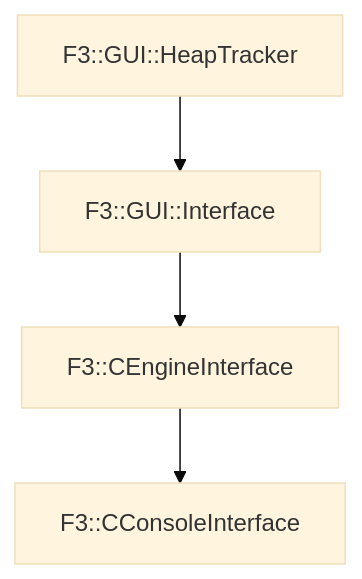
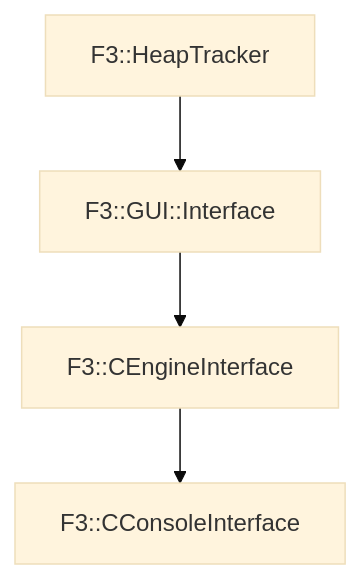
One commit to OpenJE/openje-re changed the diagram in docs/F3/CConsoleInterface.md. Above: the diagram before and after it, drawn with Mermaid (base theme). The commit also changed other lines of this file and 43 other files, not shown here.

````diff
--- a/docs/F3/CConsoleInterface.md
+++ b/docs/F3/CConsoleInterface.md
@@ -18,6 +18,6 @@
 ```mermaid
 graph TD;
-    F3::GUI::HeapTracker --> F3::GUI::Interface
+    F3::HeapTracker --> F3::GUI::Interface
     F3::GUI::Interface --> F3::CEngineInterface
     F3::CEngineInterface --> F3::CConsoleInterface
 ```
````
